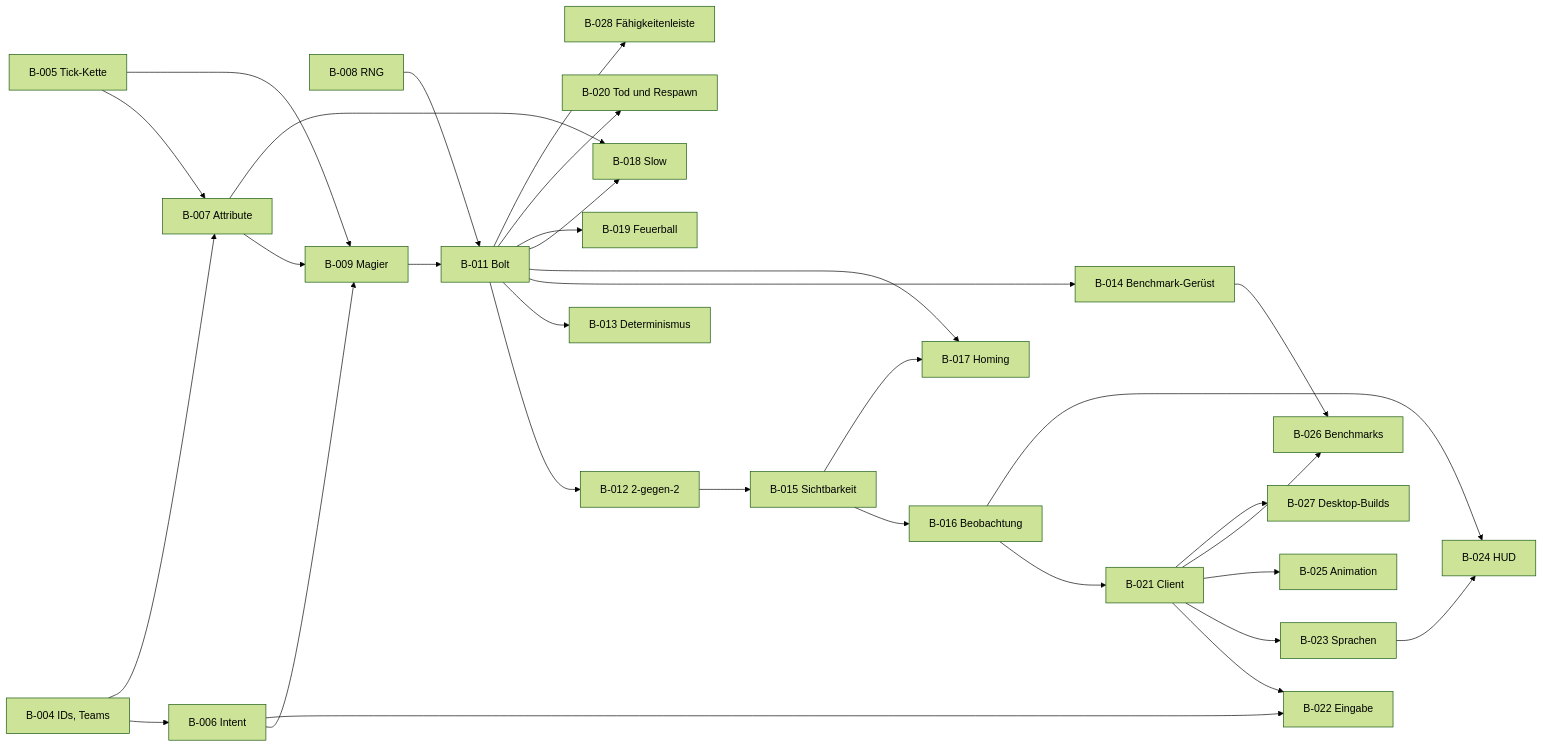
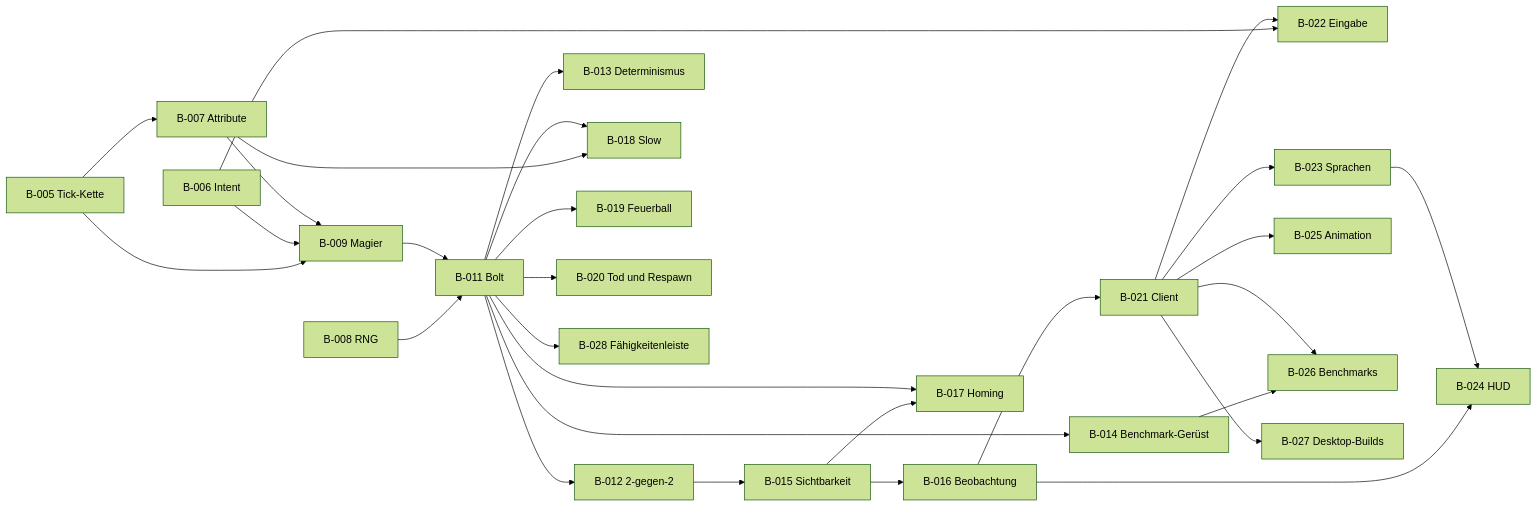
The diagram in docs/backlog.md (MagierSpieleSchmiede/mage-game), drawn with Mermaid (forest theme) before and after one commit. The commit also changed other lines of this file and 7 other files, not shown here.

````diff
--- a/docs/backlog.md
+++ b/docs/backlog.md
@@ -74,36 +73,34 @@
 ```mermaid
 flowchart LR
-  B004["B-004 IDs, Teams"]
   B005["B-005 Tick-Kette"]
   B008["B-008 RNG"]
-  B004 --> B006["B-006 Intent"]
-  B004 --> B007["B-007 Attribute"]
-  B005 --> B007
+  B006["B-006 Intent"]
+  B005 --> B007["B-007 Attribute"]
   B005 --> B009["B-009 Magier"]
   B006 --> B009
   B007 --> B009
   B008 --> B011["B-011 Bolt"]
   B009 --> B011
   B011 --> B012["B-012 2-gegen-2"]
   B011 --> B013["B-013 Determinismus"]
   B011 --> B014["B-014 Benchmark-Gerüst"]
   B012 --> B015["B-015 Sichtbarkeit"]
   B015 --> B016["B-016 Beobachtung"]
   B015 --> B017["B-017 Homing"]
   B011 --> B017
   B007 --> B018["B-018 Slow"]
   B011 --> B018
   B011 --> B019["B-019 Feuerball"]
   B011 --> B020["B-020 Tod und Respawn"]
   B011 --> B028["B-028 Fähigkeitenleiste"]
   B016 --> B021["B-021 Client"]
   B006 --> B022["B-022 Eingabe"]
   B021 --> B022
   B021 --> B023["B-023 Sprachen"]
   B016 --> B024["B-024 HUD"]
   B023 --> B024
   B021 --> B025["B-025 Animation"]
   B014 --> B026["B-026 Benchmarks"]
   B021 --> B026
   B021 --> B027["B-027 Desktop-Builds"]
 ```
````
